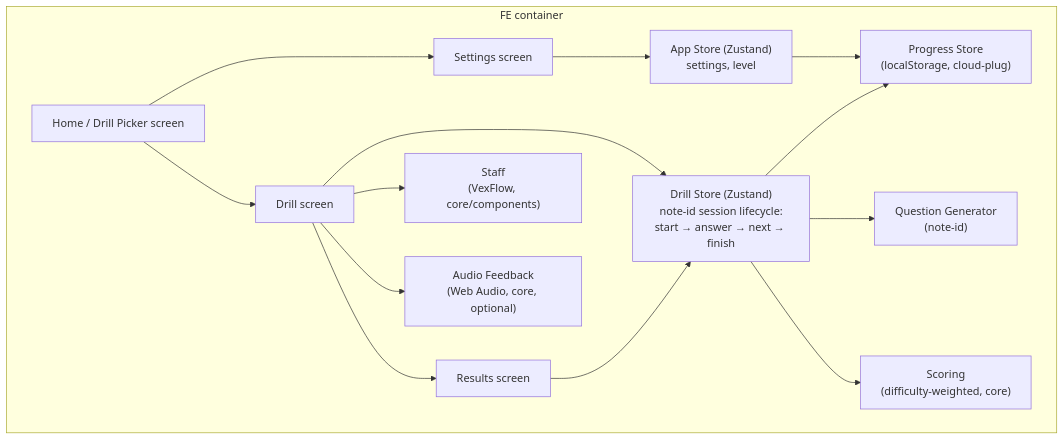
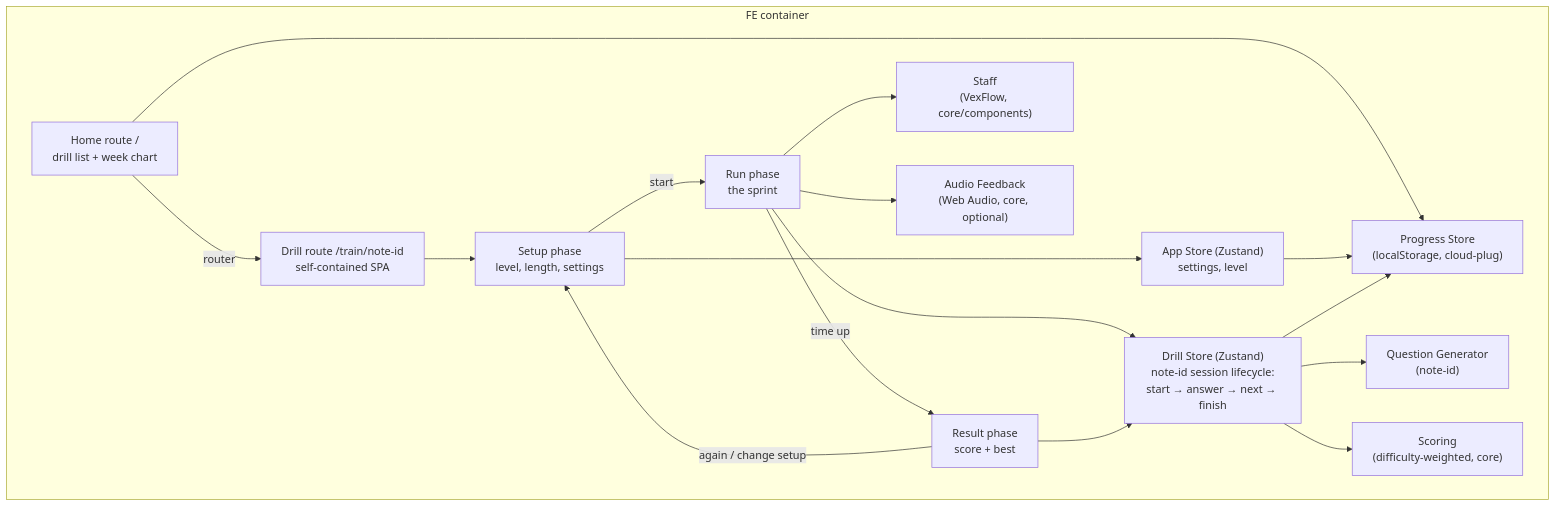
The third of 4 diagrams in docs/summary.md (thewind121212/musoni), drawn with Mermaid before and after one commit. The commit also changed other lines of this file and 52 other files, not shown here.

First line of the commit message:
Redesign UI with Tailwind and make each drill a self-contained SPA

````diff
--- a/docs/summary.md
+++ b/docs/summary.md
@@ -50,29 +50,34 @@
 ```mermaid
 graph TB
   subgraph "FE container"
-    HOME["Home / Drill Picker screen"]
-    DRILL["Drill screen"]
-    RESULTS["Results screen"]
-    SET["Settings screen"]
+    HOME["Home route /<br/>drill list + week chart"]
+    DRILLROUTE["Drill route /train/note-id<br/>self-contained SPA"]
+    SETUP["Setup phase<br/>level, length, settings"]
+    RUN["Run phase<br/>the sprint"]
+    RESULT["Result phase<br/>score + best"]
 
     APPSTORE["App Store (Zustand)<br/>settings, level"]
     DRILLSTORE["Drill Store (Zustand)<br/>note-id session lifecycle:<br/>start → answer → next → finish"]
     GEN["Question Generator<br/>(note-id)"]
     REND["Staff<br/>(VexFlow, core/components)"]
     SCORE["Scoring<br/>(difficulty-weighted, core)"]
     STORE["Progress Store<br/>(localStorage, cloud-plug)"]
     AUDIO["Audio Feedback<br/>(Web Audio, core, optional)"]
 
-    HOME --> DRILL --> RESULTS
-    HOME --> SET
-    SET --> APPSTORE
-    DRILL --> DRILLSTORE
-    DRILL --> REND
-    DRILL --> AUDIO
+    HOME -->|router| DRILLROUTE
+    DRILLROUTE --> SETUP
+    SETUP -->|start| RUN
+    RUN -->|time up| RESULT
+    RESULT -->|again / change setup| SETUP
+    SETUP --> APPSTORE
+    RUN --> DRILLSTORE
+    RUN --> REND
+    RUN --> AUDIO
+    RESULT --> DRILLSTORE
+    HOME --> STORE
     APPSTORE --> STORE
     DRILLSTORE --> GEN
     DRILLSTORE --> SCORE
     DRILLSTORE --> STORE
-    RESULTS --> DRILLSTORE
   end
 ```
````
